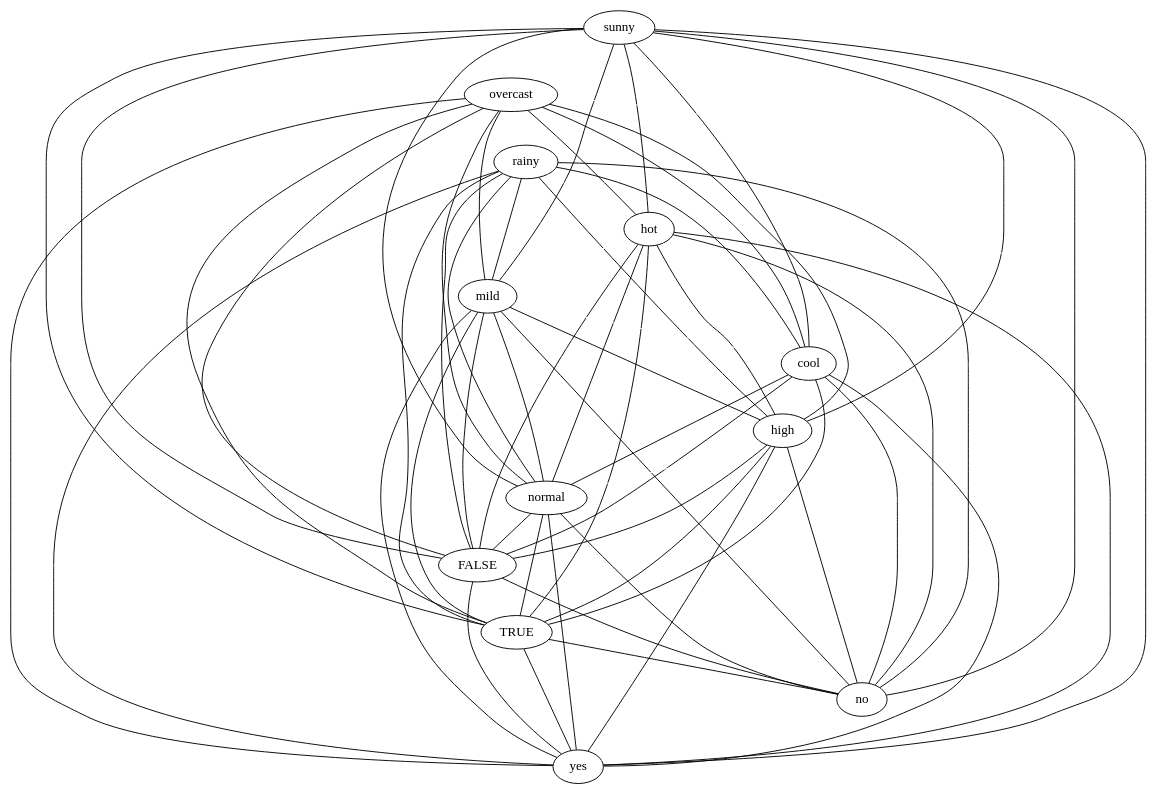
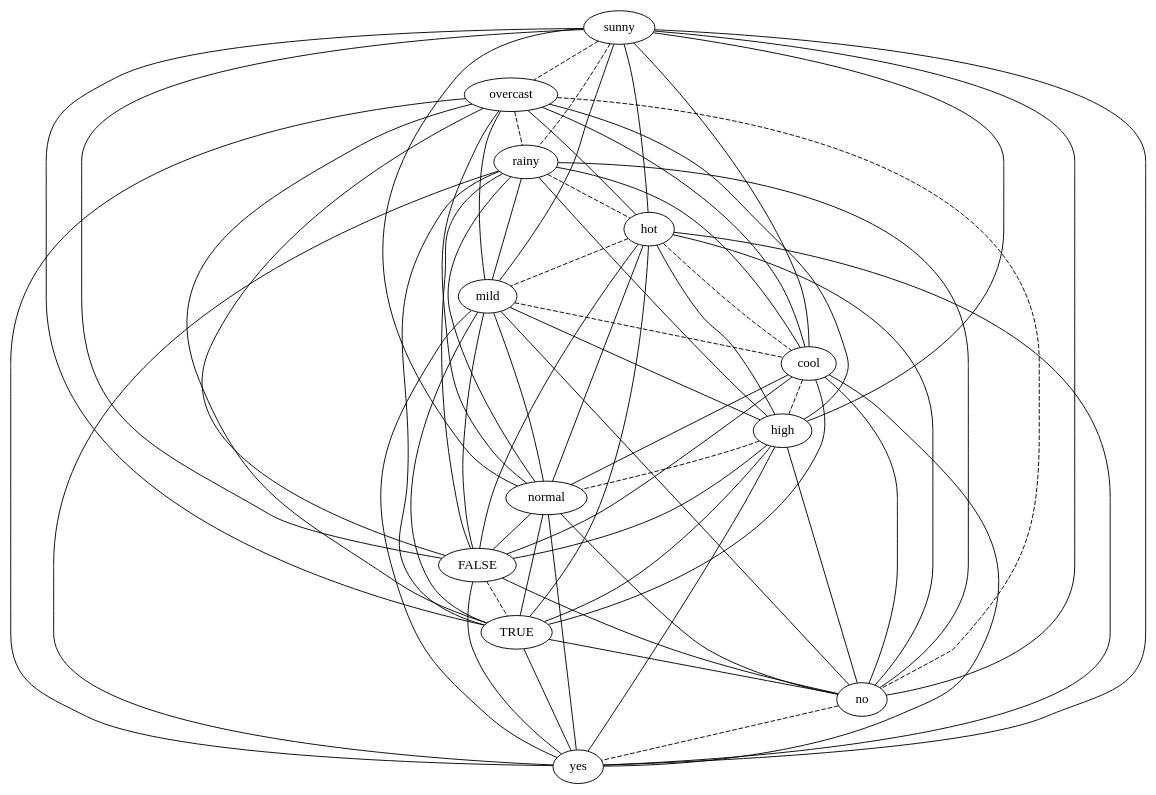
Before and after one commit to lrodrin/TFG: the diagram in src/final/plainGraph.dot, drawn with Graphviz. The commit also changed 9 other files, not shown here.

```diff
--- a/src/final/plainGraph.dot
+++ b/src/final/plainGraph.dot
@@ -1,80 +1,80 @@
 strict graph "" {
 sunny;
 overcast;
 rainy;
 hot;
 mild;
 cool;
 high;
 normal;
 FALSE;
 TRUE;
 no;
 yes;
-sunny -- overcast  [color=white];
-sunny -- rainy  [color=white];
-sunny -- hot  [color=black];
-sunny -- mild  [color=black];
-sunny -- cool  [color=black];
-sunny -- high  [color=black];
-sunny -- normal  [color=black];
-sunny -- FALSE  [color=black];
-sunny -- TRUE  [color=black];
-sunny -- no  [color=black];
-sunny -- yes  [color=black];
-overcast -- rainy  [color=white];
-overcast -- hot  [color=black];
-overcast -- mild  [color=black];
-overcast -- cool  [color=black];
-overcast -- high  [color=black];
-overcast -- normal  [color=black];
-overcast -- FALSE  [color=black];
-overcast -- TRUE  [color=black];
-overcast -- no  [color=white];
-overcast -- yes  [color=black];
-rainy -- hot  [color=white];
-rainy -- mild  [color=black];
-rainy -- cool  [color=black];
-rainy -- high  [color=black];
-rainy -- normal  [color=black];
-rainy -- FALSE  [color=black];
-rainy -- TRUE  [color=black];
-rainy -- no  [color=black];
-rainy -- yes  [color=black];
-hot -- mild  [color=white];
-hot -- cool  [color=white];
-hot -- high  [color=black];
-hot -- normal  [color=black];
-hot -- FALSE  [color=black];
-hot -- TRUE  [color=black];
-hot -- no  [color=black];
-hot -- yes  [color=black];
-mild -- cool  [color=white];
-mild -- high  [color=black];
-mild -- normal  [color=black];
-mild -- FALSE  [color=black];
-mild -- TRUE  [color=black];
-mild -- no  [color=black];
-mild -- yes  [color=black];
-cool -- high  [color=white];
-cool -- normal  [color=black];
-cool -- FALSE  [color=black];
-cool -- TRUE  [color=black];
-cool -- no  [color=black];
-cool -- yes  [color=black];
-high -- normal  [color=white];
-high -- FALSE  [color=black];
-high -- TRUE  [color=black];
-high -- no  [color=black];
-high -- yes  [color=black];
-normal -- FALSE  [color=black];
-normal -- TRUE  [color=black];
-normal -- no  [color=black];
-normal -- yes  [color=black];
-FALSE -- TRUE  [color=white];
-FALSE -- no  [color=black];
-FALSE -- yes  [color=black];
-TRUE -- no  [color=black];
-TRUE -- yes  [color=black];
-no -- yes  [color=white];
+sunny -- overcast  [color=black, style=dashed];
+sunny -- rainy  [color=black, style=dashed];
+sunny -- hot  [color=black, style=solid];
+sunny -- mild  [color=black, style=solid];
+sunny -- cool  [color=black, style=solid];
+sunny -- high  [color=black, style=solid];
+sunny -- normal  [color=black, style=solid];
+sunny -- FALSE  [color=black, style=solid];
+sunny -- TRUE  [color=black, style=solid];
+sunny -- no  [color=black, style=solid];
+sunny -- yes  [color=black, style=solid];
+overcast -- rainy  [color=black, style=dashed];
+overcast -- hot  [color=black, style=solid];
+overcast -- mild  [color=black, style=solid];
+overcast -- cool  [color=black, style=solid];
+overcast -- high  [color=black, style=solid];
+overcast -- normal  [color=black, style=solid];
+overcast -- FALSE  [color=black, style=solid];
+overcast -- TRUE  [color=black, style=solid];
+overcast -- no  [color=black, style=dashed];
+overcast -- yes  [color=black, style=solid];
+rainy -- hot  [color=black, style=dashed];
+rainy -- mild  [color=black, style=solid];
+rainy -- cool  [color=black, style=solid];
+rainy -- high  [color=black, style=solid];
+rainy -- normal  [color=black, style=solid];
+rainy -- FALSE  [color=black, style=solid];
+rainy -- TRUE  [color=black, style=solid];
+rainy -- no  [color=black, style=solid];
+rainy -- yes  [color=black, style=solid];
+hot -- mild  [color=black, style=dashed];
+hot -- cool  [color=black, style=dashed];
+hot -- high  [color=black, style=solid];
+hot -- normal  [color=black, style=solid];
+hot -- FALSE  [color=black, style=solid];
+hot -- TRUE  [color=black, style=solid];
+hot -- no  [color=black, style=solid];
+hot -- yes  [color=black, style=solid];
+mild -- cool  [color=black, style=dashed];
+mild -- high  [color=black, style=solid];
+mild -- normal  [color=black, style=solid];
+mild -- FALSE  [color=black, style=solid];
+mild -- TRUE  [color=black, style=solid];
+mild -- no  [color=black, style=solid];
+mild -- yes  [color=black, style=solid];
+cool -- high  [color=black, style=dashed];
+cool -- normal  [color=black, style=solid];
+cool -- FALSE  [color=black, style=solid];
+cool -- TRUE  [color=black, style=solid];
+cool -- no  [color=black, style=solid];
+cool -- yes  [color=black, style=solid];
+high -- normal  [color=black, style=dashed];
+high -- FALSE  [color=black, style=solid];
+high -- TRUE  [color=black, style=solid];
+high -- no  [color=black, style=solid];
+high -- yes  [color=black, style=solid];
+normal -- FALSE  [color=black, style=solid];
+normal -- TRUE  [color=black, style=solid];
+normal -- no  [color=black, style=solid];
+normal -- yes  [color=black, style=solid];
+FALSE -- TRUE  [color=black, style=dashed];
+FALSE -- no  [color=black, style=solid];
+FALSE -- yes  [color=black, style=solid];
+TRUE -- no  [color=black, style=solid];
+TRUE -- yes  [color=black, style=solid];
+no -- yes  [color=black, style=dashed];
 }
```
